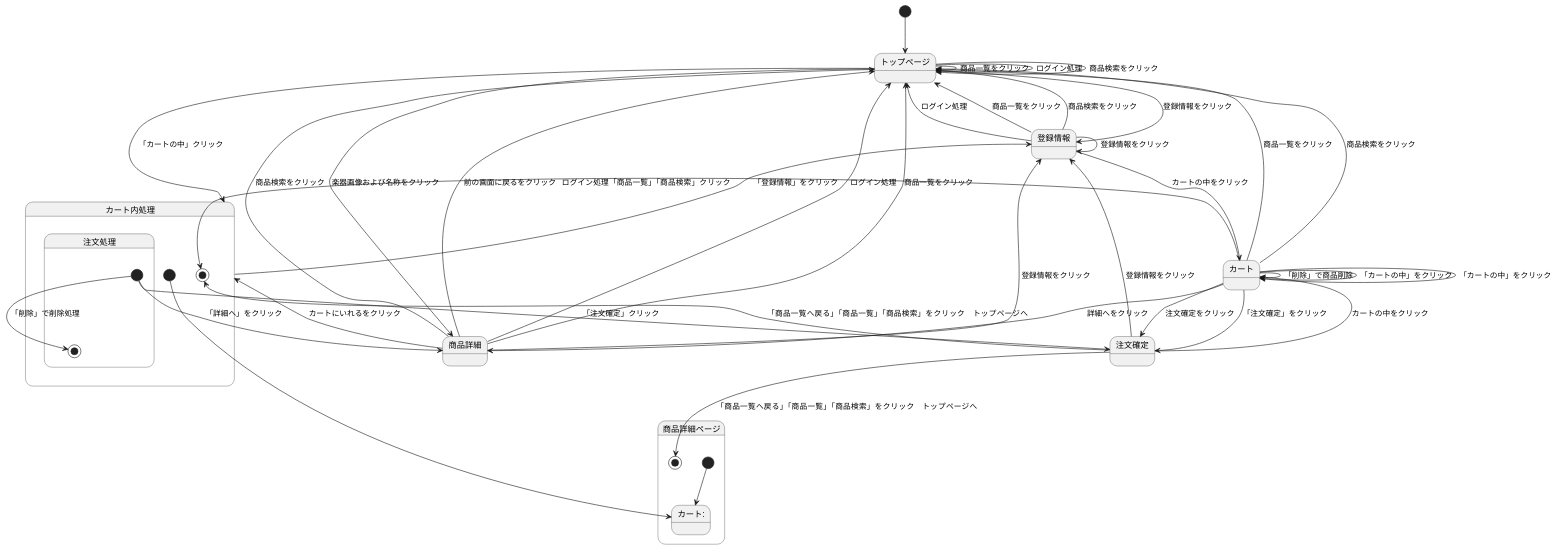
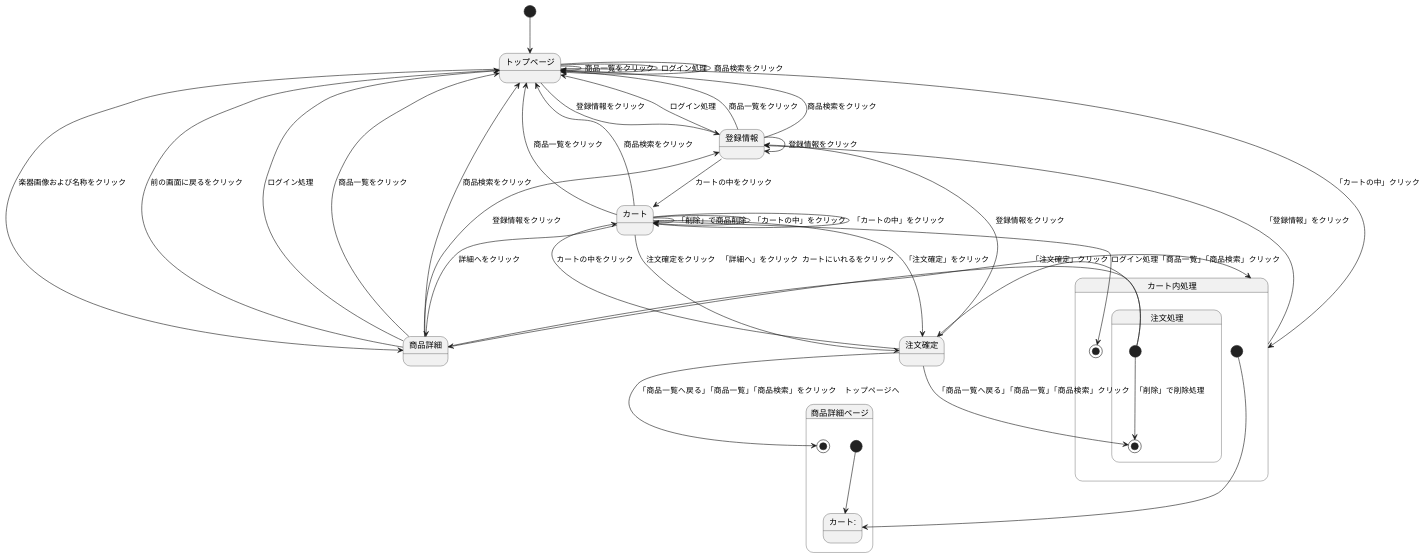
Before and after one commit to Aso2001374/2021sys-design: the third of 3 diagrams in stm01.md, drawn with PlantUML.

````diff
--- a/stm01.md
+++ b/stm01.md
@@ -55,64 +55,62 @@
 ```uml
 @startuml
 [*] --> トップページ
 
 トップページ--> トップページ : 商品一覧をクリック
 トップページ--> トップページ : ログイン処理
 トップページ--> トップページ : 商品検索をクリック
 トップページ--> カート内処理 : 「カートの中」クリック
 トップページ--> 登録情報 : 登録情報をクリック
 トップページ--> 商品詳細 : 楽器画像および名称をクリック
 
 
 商品詳細--> トップページ : 前の画面に戻るをクリック
 商品詳細--> トップページ : ログイン処理
 商品詳細--> トップページ : 商品一覧をクリック
 商品詳細--> トップページ : 商品検索をクリック
 商品詳細--> 登録情報 : 登録情報をクリック
 
 カート --> 商品詳細 : 詳細へをクリック
 
 カート --> トップページ : 商品一覧をクリック
 カート --> トップページ : 商品検索をクリック
 
 カート-->注文確定 : 注文確定をクリック
 
 登録情報 --> トップページ : ログイン処理
 登録情報 --> トップページ : 商品一覧をクリック
 登録情報 --> トップページ : 商品検索をクリック
 登録情報 --> カート : カートの中をクリック
 登録情報 --> 登録情報 : 登録情報をクリック
 
 
 注文確定 --> カート : カートの中をクリック
 注文確定 --> 登録情報 : 登録情報をクリック
 
 state 商品詳細ページ{
 [*] --> カート:
 カート--> 注文確定: 「注文確定」をクリック
 カート--> カート: 「削除」で商品削除
 カート--> カート: 「カートの中」をクリック
 注文確定--> [*]: 「商品一覧へ戻る」「商品一覧」「商品検索」をクリック　トップページへ
 }
 
 商品詳細--> カート内処理 : カートにいれるをクリック
 
 state カート内処理{
 [*] --> カート:
 state 注文処理{
 [*]--> 注文確定: 「注文確定」クリック
 [*]--> 商品詳細 : 「詳細へ」をクリック
 [*]--> [*]: 「削除」で削除処理
+注文確定--> [*]: 「商品一覧へ戻る」「商品一覧」「商品検索」クリック
 }
-
-
 カート--> カート: 「カートの中」をクリック
-注文確定--> [*]: 「商品一覧へ戻る」「商品一覧」「商品検索」をクリック　トップページへ
 カート--> [*]: ログイン処理「商品一覧」「商品検索」クリック
 }
 
 カート内処理--> 登録情報 : 「登録情報」をクリック
 
 
 @enduml
 ```
````
